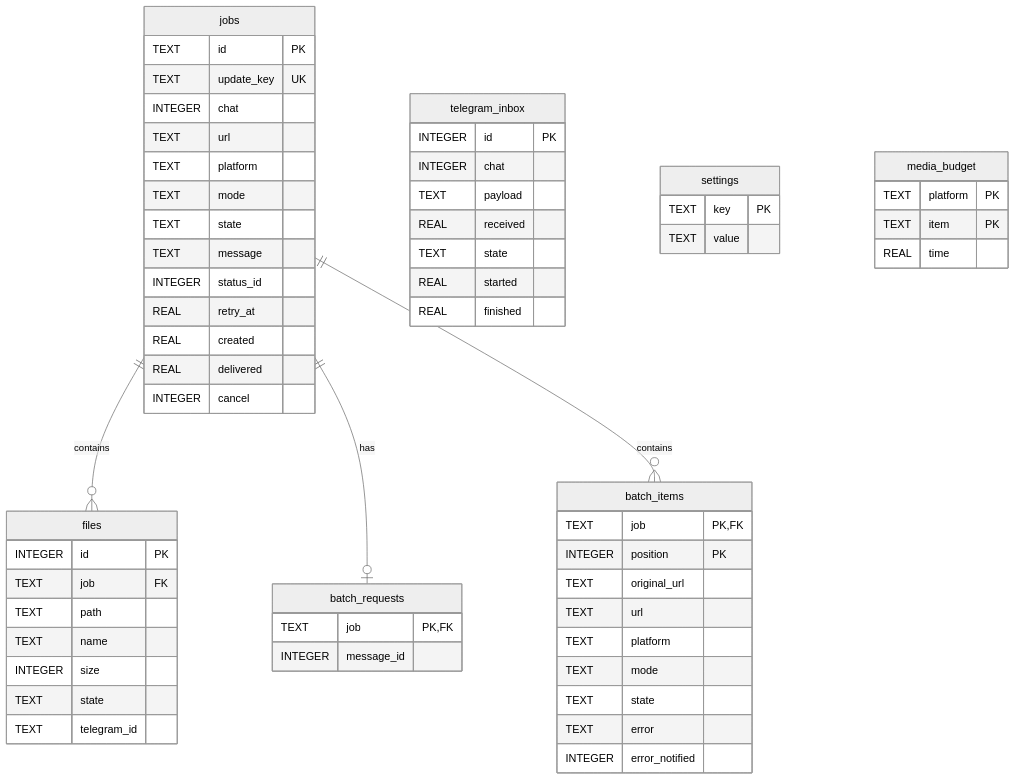
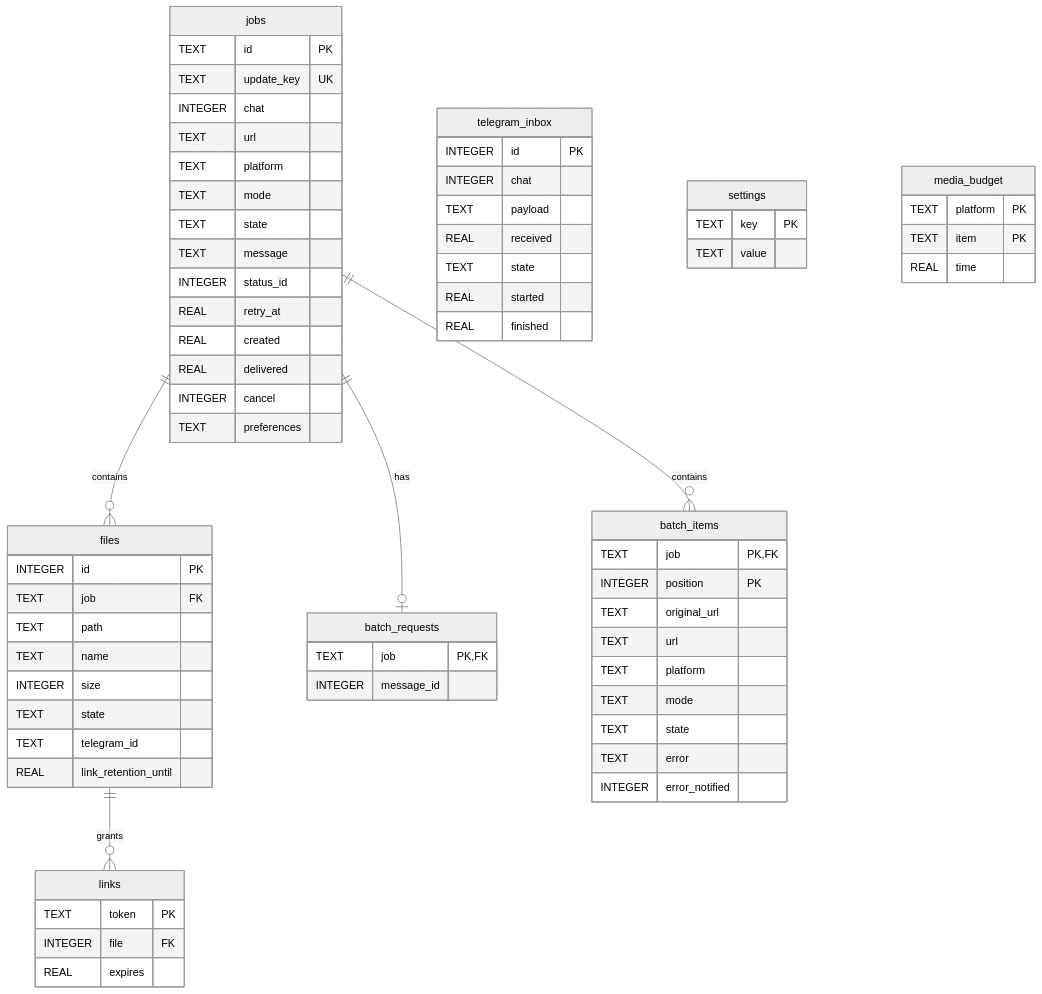
Before and after one commit to Senachi124/TelegramSocialDownloader: the fifth of 6 diagrams in docs/architecture.md, drawn with Mermaid (neutral theme). The commit also changed other lines of this file and 29 other files, not shown here.

````diff
--- a/docs/architecture.md
+++ b/docs/architecture.md
@@ -150,63 +150,71 @@
 ```mermaid
 erDiagram
     jobs ||--o{ files : contains
+    files ||--o{ links : grants
     jobs ||--o| batch_requests : has
     jobs ||--o{ batch_items : contains
     jobs {
         TEXT id PK
         TEXT update_key UK
         INTEGER chat
         TEXT url
         TEXT platform
         TEXT mode
         TEXT state
         TEXT message
         INTEGER status_id
         REAL retry_at
         REAL created
         REAL delivered
         INTEGER cancel
+        TEXT preferences
     }
     files {
         INTEGER id PK
         TEXT job FK
         TEXT path
         TEXT name
         INTEGER size
         TEXT state
         TEXT telegram_id
+        REAL link_retention_until
+    }
+    links {
+        TEXT token PK
+        INTEGER file FK
+        REAL expires
     }
     batch_requests {
         TEXT job PK,FK
         INTEGER message_id
     }
     batch_items {
         TEXT job PK,FK
         INTEGER position PK
         TEXT original_url
         TEXT url
         TEXT platform
         TEXT mode
         TEXT state
         TEXT error
         INTEGER error_notified
     }
     telegram_inbox {
         INTEGER id PK
         INTEGER chat
         TEXT payload
         REAL received
         TEXT state
         REAL started
         REAL finished
     }
     settings {
         TEXT key PK
         TEXT value
     }
     media_budget {
         TEXT platform PK
         TEXT item PK
         REAL time
     }
 ```
````
